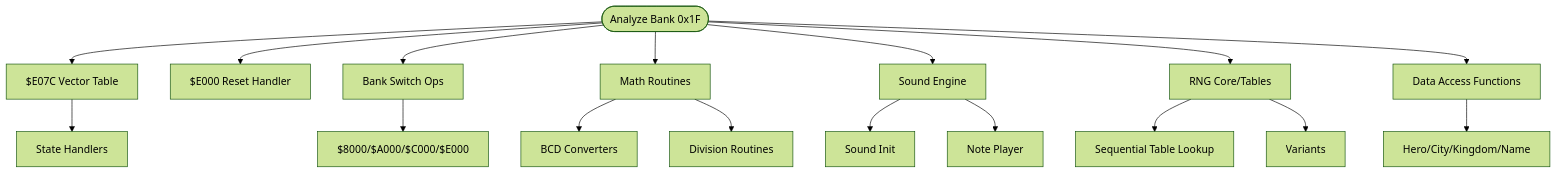
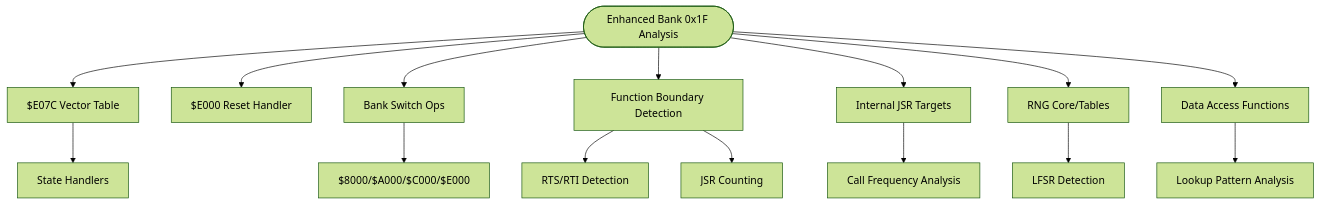
One commit to rabbyzero/sango2dasm changed the sixth of 9 diagrams in .qoder/repowiki/en/content/ROM Analysis and Understanding/ROM Analysis and Understanding.md. Above: the diagram before and after it, drawn with Mermaid (forest theme). The commit also changed other lines of this file and 8 other files, not shown here.

Commit message:
bank $1f parsing with agent mode function by function.

````diff
--- a/.qoder/repowiki/en/content/ROM Analysis and Understanding/ROM Analysis and Understanding.md
+++ b/.qoder/repowiki/en/content/ROM Analysis and Understanding/ROM Analysis and Understanding.md
@@ -224,19 +276,17 @@
 ```mermaid
 flowchart TD
-Start(["Analyze Bank 0x1F"]) --> Vectors["$E07C Vector Table"]
+Start(["Enhanced Bank 0x1F Analysis"]) --> Vectors["$E07C Vector Table"]
 Start --> Reset["$E000 Reset Handler"]
 Start --> Switch["Bank Switch Ops"]
-Start --> Math["Math Routines"]
-Start --> Sound["Sound Engine"]
+Start --> Functions["Function Boundary Detection"]
+Start --> InternalJSR["Internal JSR Targets"]
 Start --> RNG["RNG Core/Tables"]
 Start --> Data["Data Access Functions"]
 Vectors --> Handlers["State Handlers"]
 Switch --> Slots["$8000/$A000/$C000/$E000"]
-Math --> BCD["BCD Converters"]
-Math --> Div["Division Routines"]
-Sound --> Init["Sound Init"]
-Sound --> Play["Note Player"]
-RNG --> Seq["Sequential Table Lookup"]
-RNG --> Variants["Variants"]
-Data --> Hero["Hero/City/Kingdom/Name"]
+Functions --> Boundaries["RTS/RTI Detection"]
+Functions --> Counts["JSR Counting"]
+InternalJSR --> Priority["Call Frequency Analysis"]
+RNG --> Patterns["LFSR Detection"]
+Data --> Tables["Lookup Pattern Analysis"]
 ```
````
